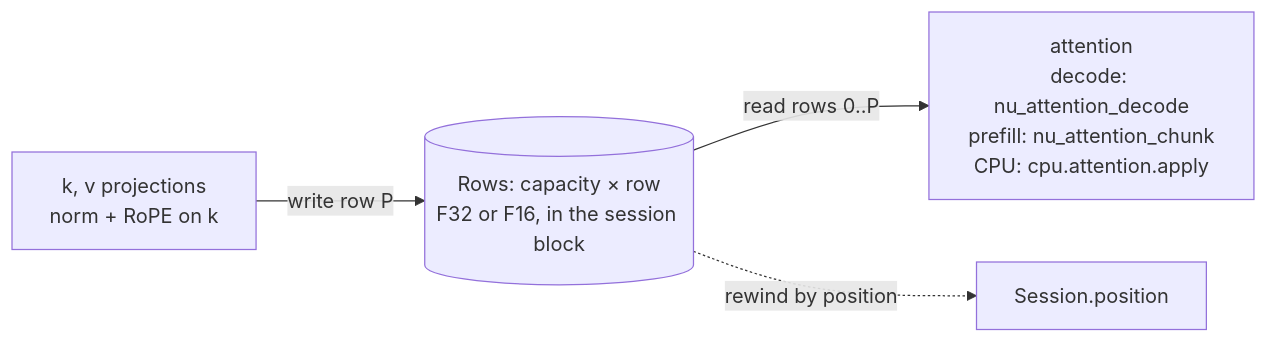
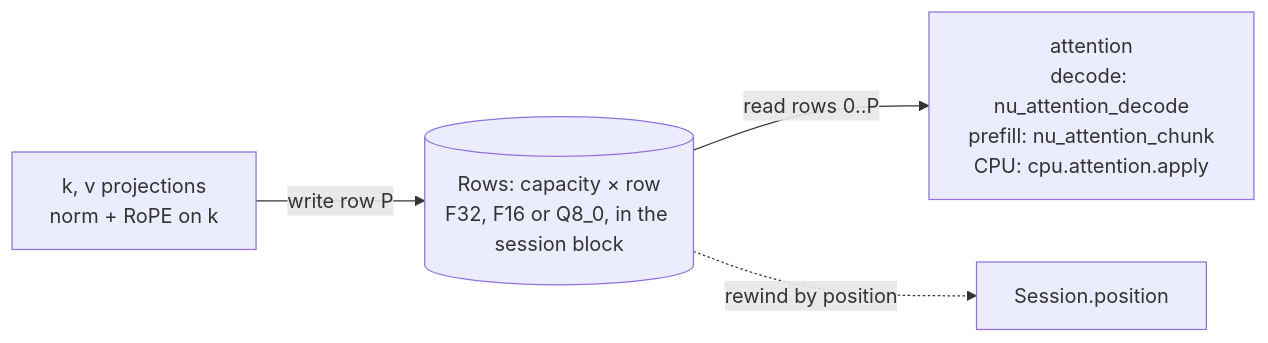
The fifth of 10 diagrams in docs/architecture.md (tildaslashalef/nuclis), drawn with Mermaid before and after one commit. The commit also changed other lines of this file and 21 other files, not shown here.

````diff
--- a/docs/architecture.md
+++ b/docs/architecture.md
@@ -347,6 +347,6 @@
 ```mermaid
 flowchart LR
-    proj[k, v projections\nnorm + RoPE on k] -- write row P --> rows[(Rows: capacity × row\nF32 or F16, in the session block)]
+    proj[k, v projections\nnorm + RoPE on k] -- write row P --> rows[(Rows: capacity × row\nF32, F16 or Q8_0, in the session block)]
     rows -- read rows 0..P --> attn[attention\ndecode: nu_attention_decode\nprefill: nu_attention_chunk\nCPU: cpu.attention.apply]
     rows -. rewind by position .-> pos[Session.position]
 ```
````
